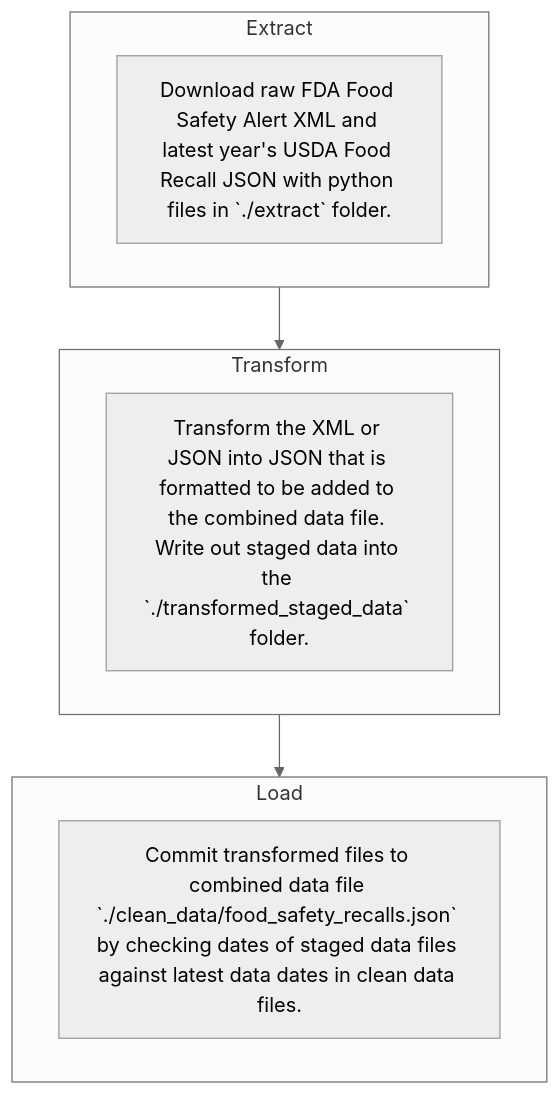
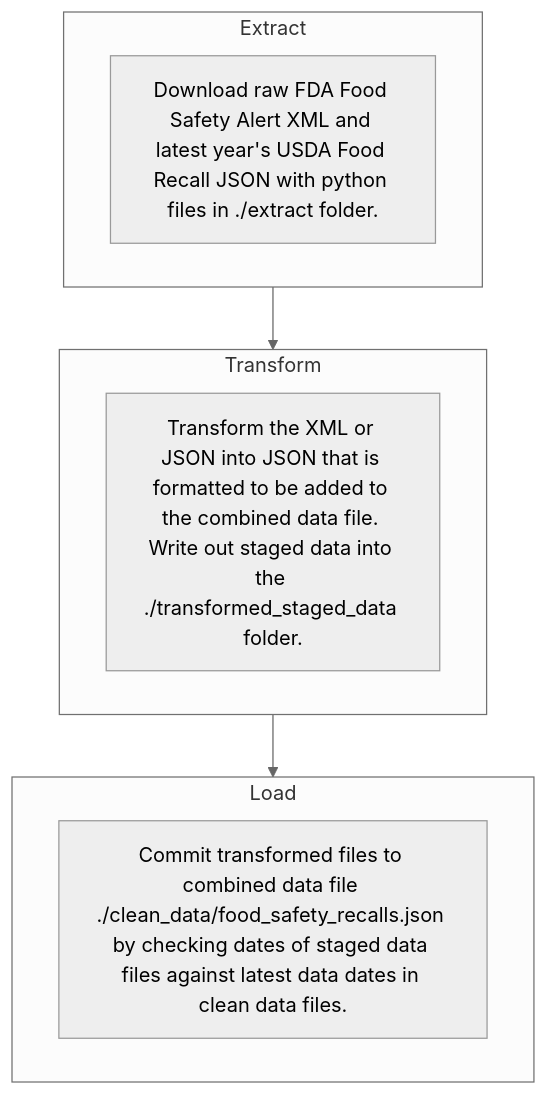
The diagram in README.md (anesta95/food_safety_recalls), drawn with Mermaid (neutral theme) before and after one commit.

````diff
--- a/README.md
+++ b/README.md
@@ -5,14 +5,14 @@
 ```mermaid
 flowchart TB
     subgraph Extract
-    A[Download raw FDA Food Safety Alert XML and latest year's USDA Food Recall JSON with python files in `./extract` folder.]
+    A[Download raw FDA Food Safety Alert XML and latest year's USDA Food Recall JSON with python files in ./extract folder.]
     end
     subgraph Transform
-    B[Transform the XML or JSON into JSON that is formatted to be added to the combined data file. Write out staged data into the `./transformed_staged_data` folder.]
+    B[Transform the XML or JSON into JSON that is formatted to be added to the combined data file. Write out staged data into the ./transformed_staged_data folder.]
     end
     subgraph Load
-    C[Commit transformed files to combined data file `./clean_data/food_safety_recalls.json` by checking dates of staged data files against latest data dates in clean data files.]
+    C[Commit transformed files to combined data file ./clean_data/food_safety_recalls.json by checking dates of staged data files against latest data dates in clean data files.]
     end
     Extract --> Transform
     Transform --> Load
 ```
````
